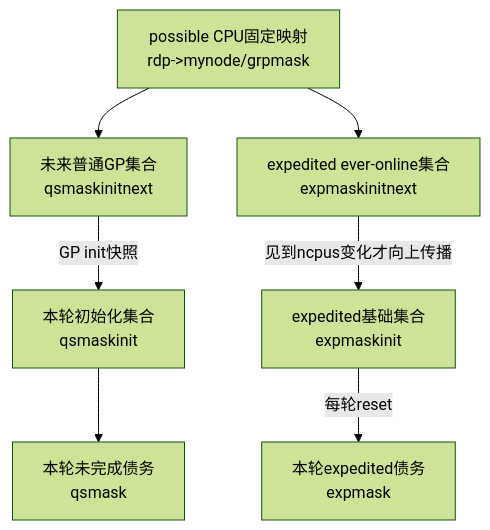
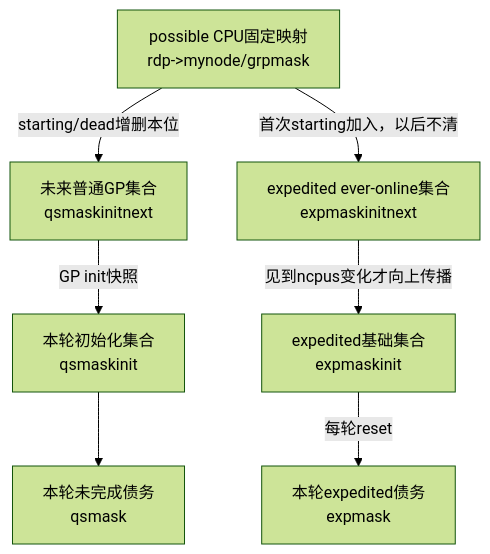
The second of 3 diagrams in research/source_reading/rcu/source_explanations/P06_Linux_6.12_Tree_RCU_拓扑与CPU热插拔源码实现.md (FormingSystem/linux_note), drawn with Mermaid (forest theme) before and after one commit. The commit also changed other lines of this file and 1 other file, not shown here.

````diff
--- a/research/source_reading/rcu/source_explanations/P06_Linux_6.12_Tree_RCU_拓扑与CPU热插拔源码实现.md
+++ b/research/source_reading/rcu/source_explanations/P06_Linux_6.12_Tree_RCU_拓扑与CPU热插拔源码实现.md
@@ -44,9 +61,9 @@
 ```mermaid
 flowchart TD
-    POSS["possible CPU固定映射<br/>rdp->mynode/grpmask"] --> NEXT["未来普通GP集合<br/>qsmaskinitnext"]
+    POSS["possible CPU固定映射<br/>rdp->mynode/grpmask"] -->|"starting/dead增删本位"| NEXT["未来普通GP集合<br/>qsmaskinitnext"]
     NEXT -->|"GP init快照"| INIT["本轮初始化集合<br/>qsmaskinit"]
     INIT --> CUR["本轮未完成债务<br/>qsmask"]
-    POSS --> ENEXT["未来expedited集合<br/>expmaskinitnext"]
-    ENEXT["expedited ever-online集合<br/>expmaskinitnext"] -->|"见到ncpus变化才向上传播"| EINIT["expedited基础集合<br/>expmaskinit"]
+    POSS -->|"首次starting加入，以后不清"| ENEXT["expedited ever-online集合<br/>expmaskinitnext"]
+    ENEXT -->|"见到ncpus变化才向上传播"| EINIT["expedited基础集合<br/>expmaskinit"]
     EINIT -->|"每轮reset"| ECUR["本轮expedited债务<br/>expmask"]
 ```
````
